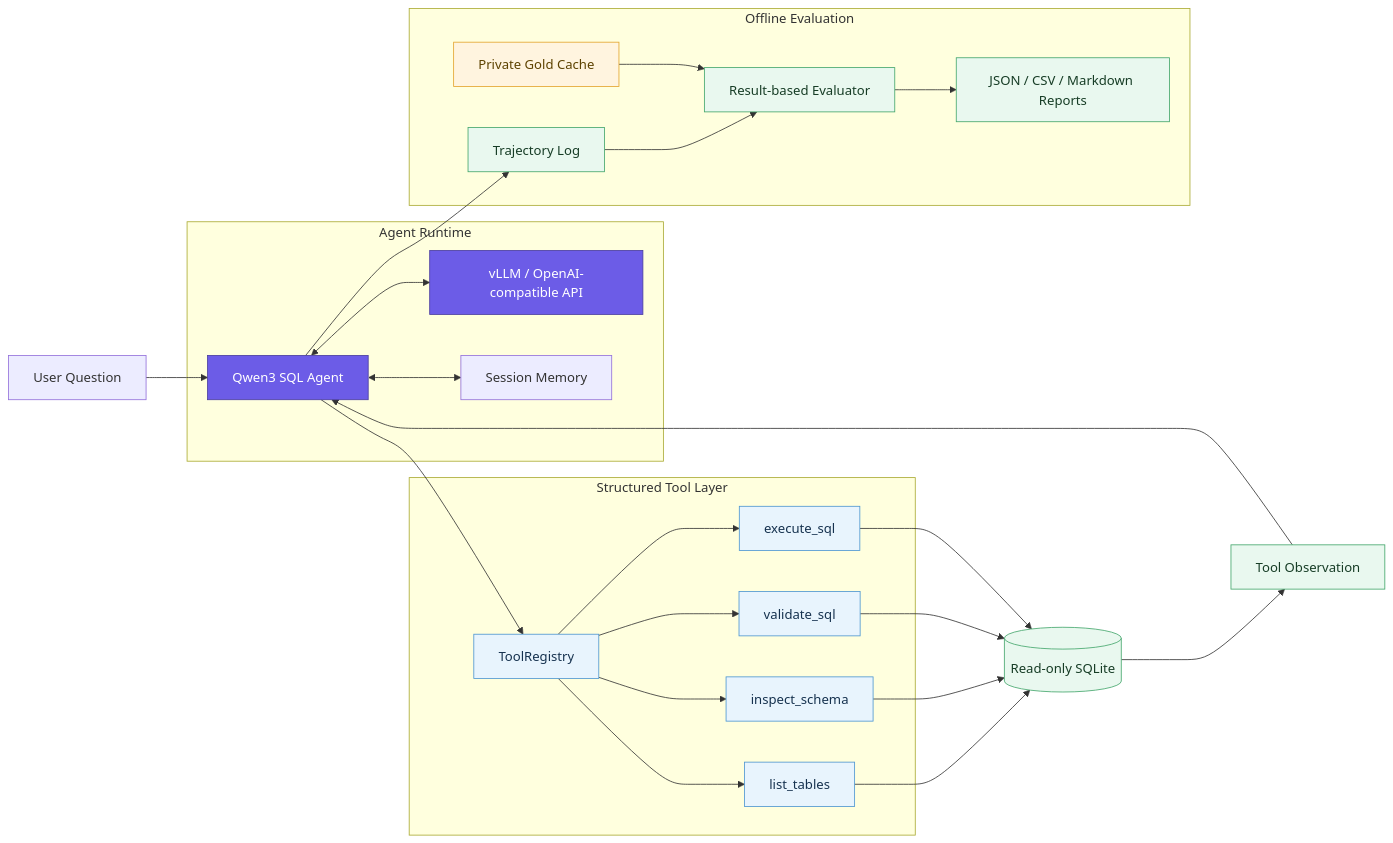
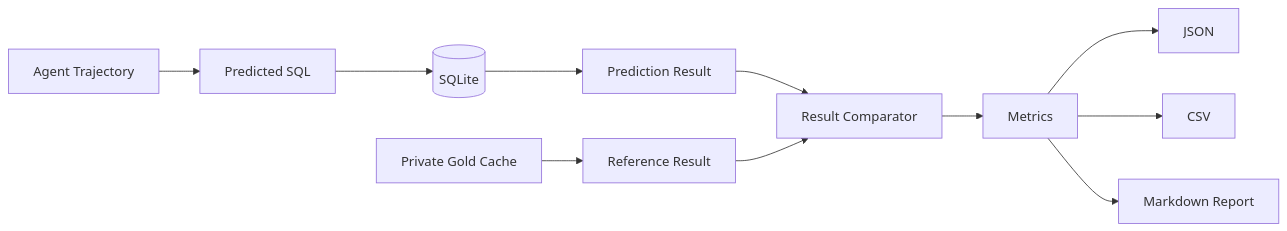
One commit to zbwsth/execsql-agent changed the fourth of 4 diagrams in README.md. Above: the diagram before and after it, drawn with Mermaid. The commit also changed other lines of this file, not shown here.

````diff
--- a/README.md
+++ b/README.md
@@ -147,53 +504,16 @@
 ```mermaid
 flowchart LR
-    Q[User Question] --> A
+    A[Agent Trajectory] --> P[Predicted SQL]
+    G[Private Gold Cache] --> R[Reference Result]
 
-    subgraph Runtime["Agent Runtime"]
-        A[Qwen3 SQL Agent]
-        L[vLLM / OpenAI-compatible API]
-        M[Session Memory]
-        A <--> L
-        A <--> M
-    end
+    P --> DB1[(SQLite)]
+    DB1 --> PR[Prediction Result]
 
-    subgraph Tools["Structured Tool Layer"]
-        R[ToolRegistry]
-        T1[list_tables]
-        T2[inspect_schema]
-        T3[validate_sql]
-        T4[execute_sql]
-        R --> T1
-        R --> T2
-        R --> T3
-        R --> T4
-    end
+    PR --> C[Result Comparator]
+    R --> C
 
-    A --> R
-    T1 --> DB[(Read-only SQLite)]
-    T2 --> DB
-    T3 --> DB
-    T4 --> DB
-    DB --> O[Tool Observation]
-    O --> A
-
-    subgraph Evaluation["Offline Evaluation"]
-        TL[Trajectory Log]
-        GC[Private Gold Cache]
-        E[Result-based Evaluator]
-        RP[JSON / CSV / Markdown Reports]
-        TL --> E
-        GC --> E
-        E --> RP
-    end
-
-    A --> TL
-
-    classDef model fill:#6c5ce7,color:#fff,stroke:#4b3f9f;
-    classDef tool fill:#e8f4fd,color:#16324f,stroke:#4d96d1;
-    classDef data fill:#e9f8ef,color:#173d26,stroke:#43a66b;
-    classDef private fill:#fff4df,color:#5d4200,stroke:#e3a52f;
-    class A,L model;
-    class R,T1,T2,T3,T4 tool;
-    class DB,O,TL,E,RP data;
-    class GC private;
+    C --> M[Metrics]
+    M --> J[JSON]
+    M --> CSV[CSV]
+    M --> MD[Markdown Report]
 ```
````
